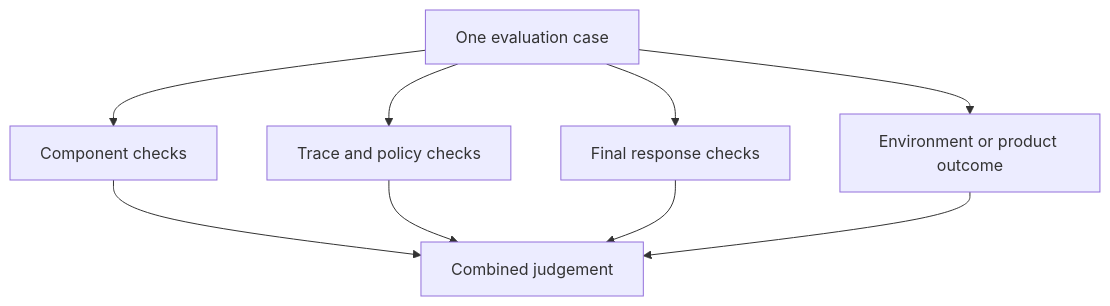
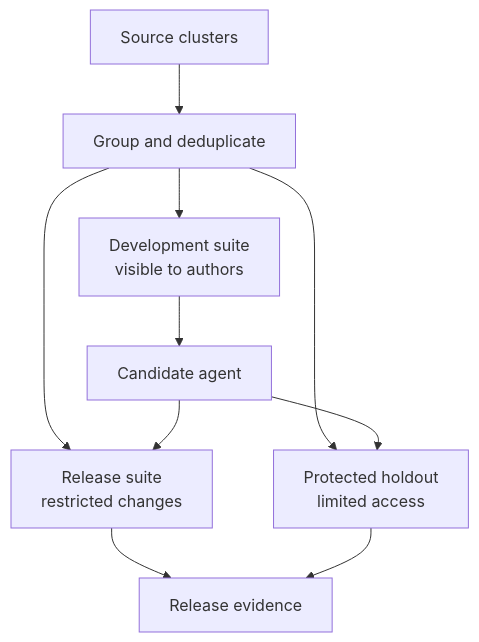
Before and after one commit to senlinyy/dev-roadmaps: the seventh of 11 diagrams in roadmaps/mlops/modules/llmops/agent-evals/01-eval-datasets.md, drawn with Mermaid. The commit also changed other lines of this file and 198 other files, not shown here.

````diff
--- a/roadmaps/mlops/modules/llmops/agent-evals/01-eval-datasets.md
+++ b/roadmaps/mlops/modules/llmops/agent-evals/01-eval-datasets.md
@@ -45,11 +299,12 @@
 ```mermaid
 flowchart TD
-    A[One evaluation case] --> B[Component checks]
-    A --> C[Trace and policy checks]
-    A --> D[Final response checks]
-    A --> E[Environment or product outcome]
-    B --> F[Combined judgement]
-    C --> F
-    D --> F
-    E --> F
+    A["Source clusters"] --> B["Group and deduplicate"]
+    B --> C["Development suite<br/>visible to authors"]
+    B --> D["Release suite<br/>restricted changes"]
+    B --> E["Protected holdout<br/>limited access"]
+    C --> F["Candidate agent"]
+    F --> D
+    F --> E
+    D --> G["Release evidence"]
+    E --> G
 ```
````
